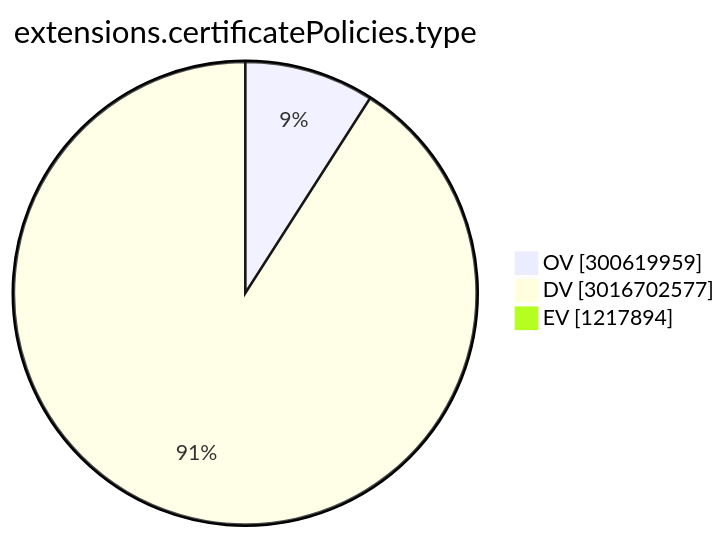
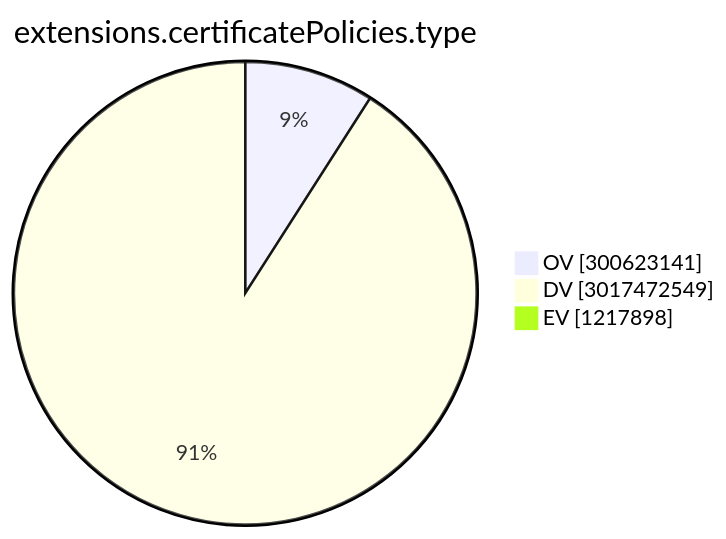
One commit to christiankrug/ctmonitor_visualization changed the ninth of 15 diagrams in TOTAL/README.md. Above: the diagram before and after it, drawn with Mermaid. The commit also changed other lines of this file, not shown here.

````diff
--- a/TOTAL/README.md
+++ b/TOTAL/README.md
@@ -3102,7 +3102,7 @@
 ```mermaid
 pie showData
 title extensions.certificatePolicies.type
-"OV" :300619959
-"DV" :3016702577
-"EV" :1217894
+"OV" :300623141
+"DV" :3017472549
+"EV" :1217898
 ```
````
